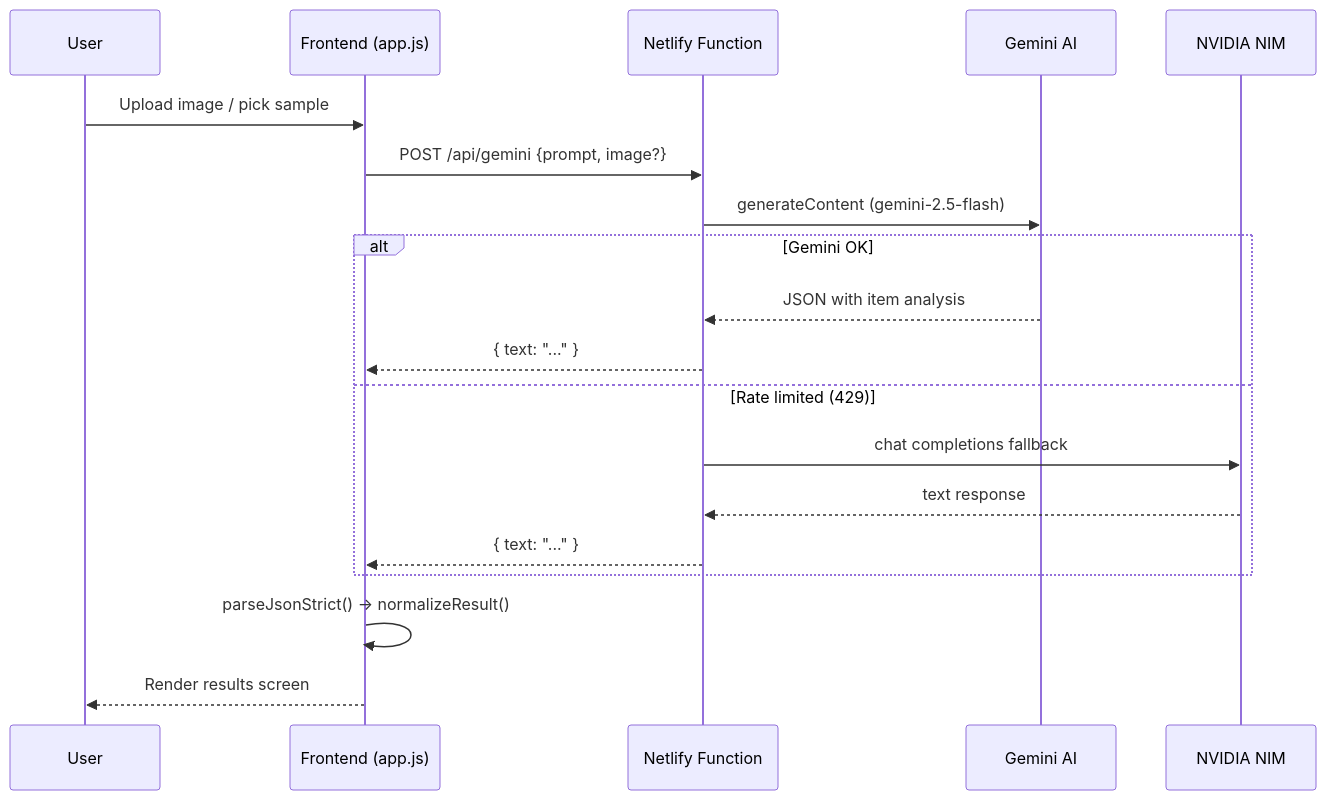
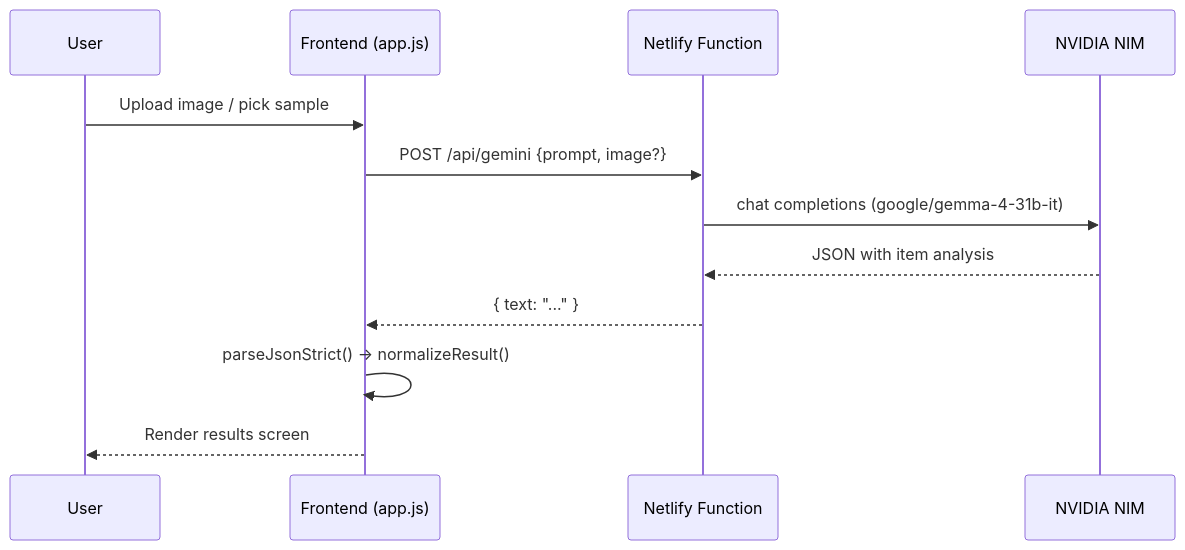
The diagram in README.md (tarunrq33rew/Ecoscan), drawn with Mermaid before and after one commit. The commit also changed other lines of this file and 3 other files, not shown here.

````diff
--- a/README.md
+++ b/README.md
@@ -200,22 +197,15 @@
 ```mermaid
 sequenceDiagram
     participant U as User
     participant F as Frontend (app.js)
     participant N as Netlify Function
-    participant G as Gemini AI
     participant NV as NVIDIA NIM
 
     U->>F: Upload image / pick sample
     F->>N: POST /api/gemini {prompt, image?}
-    N->>G: generateContent (gemini-2.5-flash)
-    alt Gemini OK
-        G-->>N: JSON with item analysis
-        N-->>F: { text: "..." }
-    else Rate limited (429)
-        N->>NV: chat completions fallback
-        NV-->>N: text response
-        N-->>F: { text: "..." }
-    end
+    N->>NV: chat completions (google/gemma-4-31b-it)
+    NV-->>N: JSON with item analysis
+    N-->>F: { text: "..." }
     F->>F: parseJsonStrict() → normalizeResult()
     F-->>U: Render results screen
 ```
````
